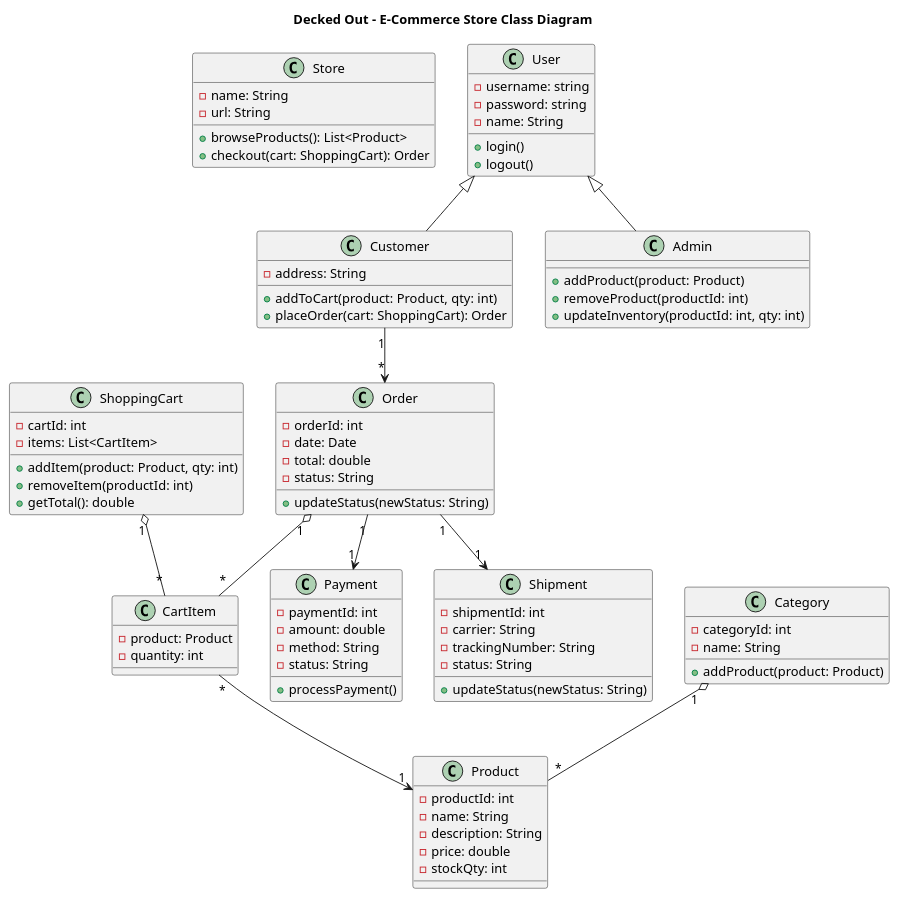
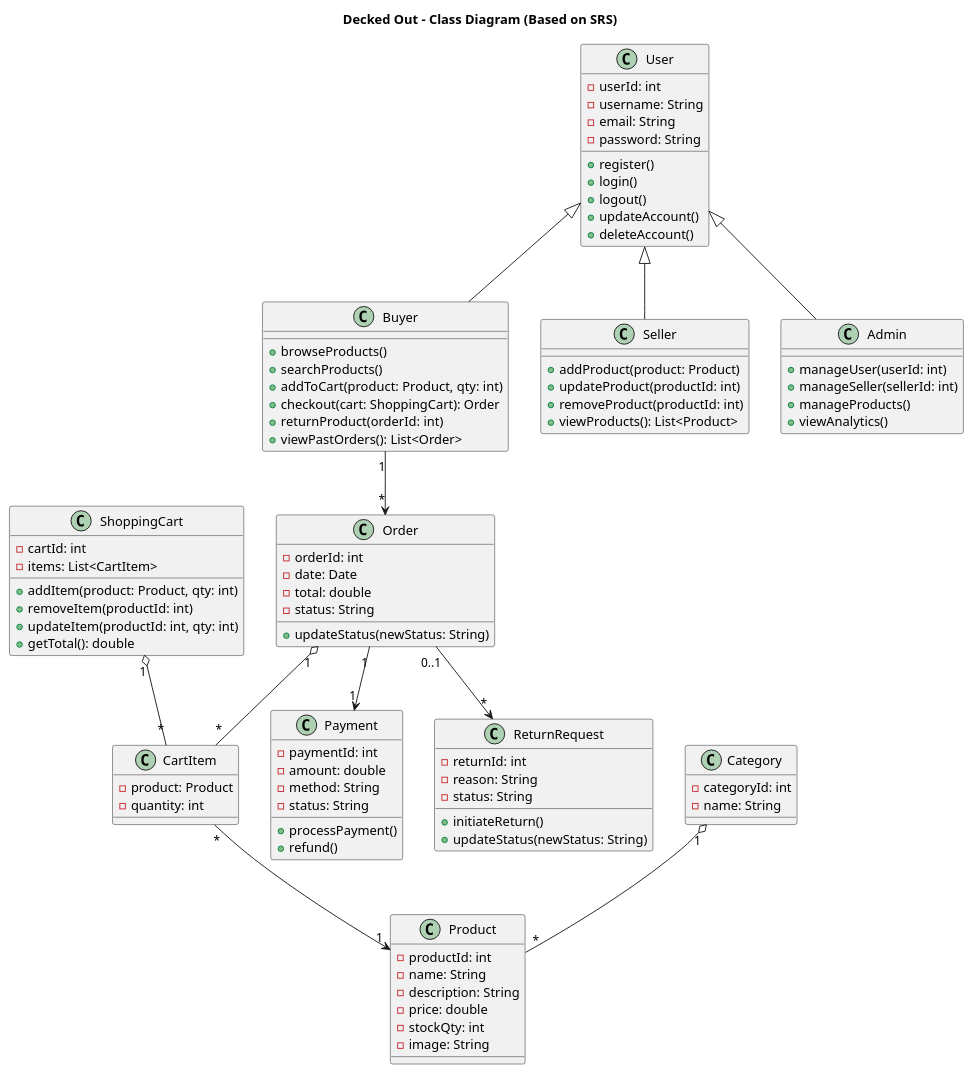
One commit to HighlyHylian/online-ecommerce-platform changed the diagram in diagrams/UML Class Diagram.puml. Above: the diagram before and after it, drawn with PlantUML. The commit also changed 1 other file, not shown here.

Commit message:
added componeont level diagram adn UML class diagram

```diff
--- a/diagrams/UML Class Diagram.puml
+++ b/diagrams/UML Class Diagram.puml
@@ -1,103 +1,112 @@
-@startuml DeckedOutEcommerce
+@startuml DeckedOutClassDiagram
 
-title Decked Out - E-Commerce Store Class Diagram
+title Decked Out - Class Diagram (Based on SRS)
 
-' Core system
-class Store {
-  - name: String
-  - url: String
-  + browseProducts(): List<Product>
-  + checkout(cart: ShoppingCart): Order
+' ==== User Hierarchy ====
+class User {
+  - userId: int
+  - username: String
+  - email: String
+  - password: String
+  + register()
+  + login()
+  + logout()
+  + updateAccount()
+  + deleteAccount()
 }
 
-' Users
-class User {
-  - username: string
-  - password: string
-  - name: String
-  
-  + login()
-  + logout()
+class Buyer {
+  + browseProducts()
+  + searchProducts()
+  + addToCart(product: Product, qty: int)
+  + checkout(cart: ShoppingCart): Order
+  + returnProduct(orderId: int)
+  + viewPastOrders(): List<Order>
 }
 
-class Customer {
-  - address: String
-  + addToCart(product: Product, qty: int)
-  + placeOrder(cart: ShoppingCart): Order
+class Seller {
+  + addProduct(product: Product)
+  + updateProduct(productId: int)
+  + removeProduct(productId: int)
+  + viewProducts(): List<Product>
 }
 
 class Admin {
-  + addProduct(product: Product)
-  + removeProduct(productId: int)
-  + updateInventory(productId: int, qty: int)
+  + manageUser(userId: int)
+  + manageSeller(sellerId: int)
+  + manageProducts()
+  + viewAnalytics()
 }
 
-User <|-- Customer
+User <|-- Buyer
+User <|-- Seller
 User <|-- Admin
 
-' Products
+' ==== Product & Categories ====
 class Product {
   - productId: int
   - name: String
   - description: String
   - price: double
   - stockQty: int
+  - image: String
 }
 
 class Category {
   - categoryId: int
   - name: String
-  + addProduct(product: Product)
 }
 
 Category "1" o-- "*" Product
 
-' Cart & Orders
+' ==== Shopping Cart & Orders ====
 class ShoppingCart {
   - cartId: int
   - items: List<CartItem>
   + addItem(product: Product, qty: int)
   + removeItem(productId: int)
+  + updateItem(productId: int, qty: int)
   + getTotal(): double
 }
 
 class CartItem {
   - product: Product
   - quantity: int
 }
 
 ShoppingCart "1" o-- "*" CartItem
 CartItem "*" --> "1" Product
 
 class Order {
   - orderId: int
   - date: Date
   - total: double
   - status: String
   + updateStatus(newStatus: String)
 }
 
-Customer "1" --> "*" Order
+Buyer "1" --> "*" Order
 Order "1" o-- "*" CartItem
 
-' Payment & Shipping
+' ==== Payments & Returns ====
 class Payment {
   - paymentId: int
   - amount: double
   - method: String
   - status: String
   + processPayment()
+  + refund()
 }
 
-class Shipment {
-  - shipmentId: int
-  - carrier: String
-  - trackingNumber: String
+class ReturnRequest {
+  - returnId: int
+  - reason: String
   - status: String
+  + initiateReturn()
   + updateStatus(newStatus: String)
 }
 
 Order "1" --> "1" Payment
-Order "1" --> "1" Shipment
+Order "0..1" --> "*" ReturnRequest
 
 @enduml
```
